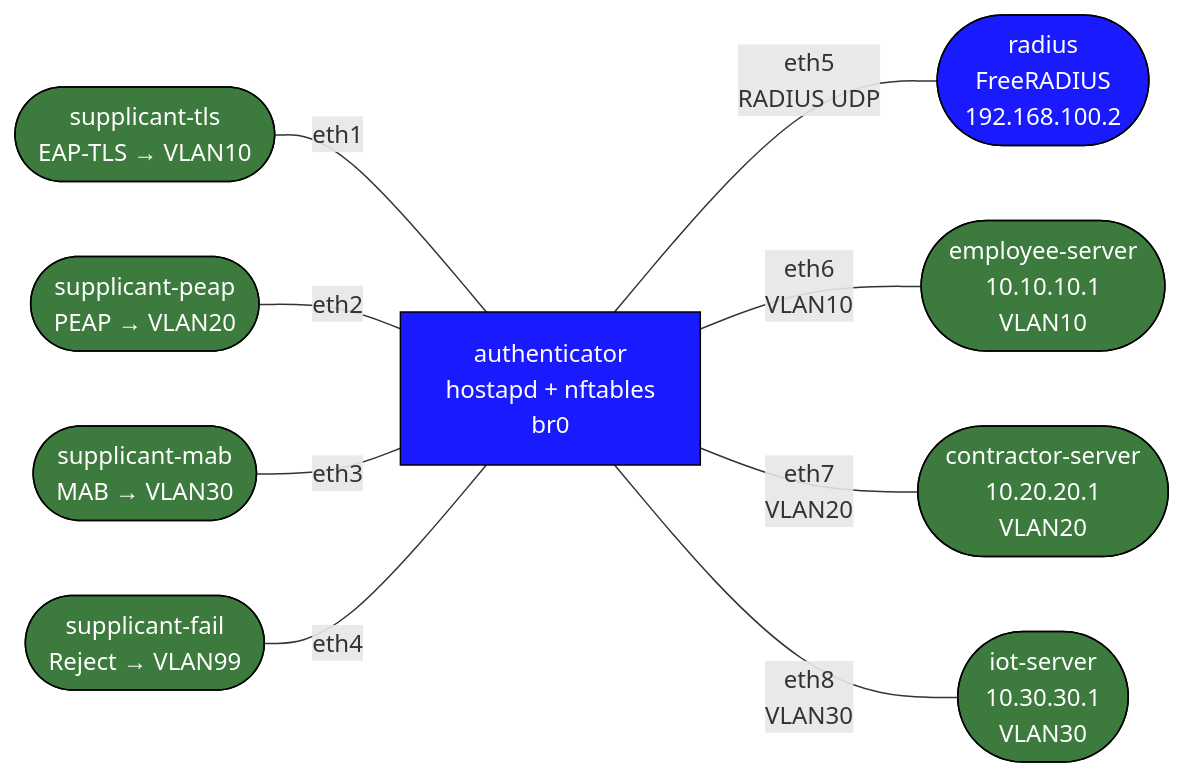
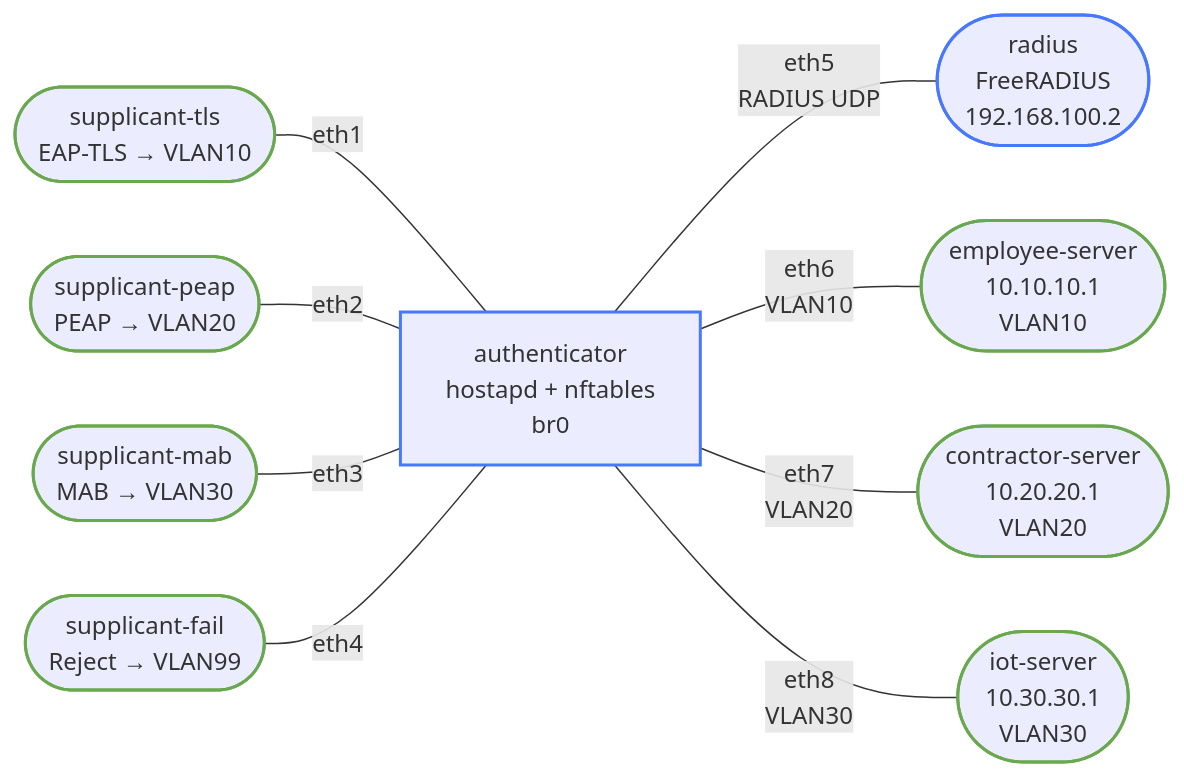
The first of 2 diagrams in labs/dot1x-nac/README.md (jschless/networkingLabs), drawn with Mermaid before and after one commit. The commit also changed other lines of this file and 250 other files, not shown here.

Commit message:
Fix unreadable topology diagrams, convert ASCII art, publish assessments (#57)

````diff
--- a/labs/dot1x-nac/README.md
+++ b/labs/dot1x-nac/README.md
@@ -16,27 +16,27 @@
 ```mermaid
 flowchart LR
-    stls(["supplicant-tls\nEAP-TLS → VLAN10"])
-    speap(["supplicant-peap\nPEAP → VLAN20"])
-    smab(["supplicant-mab\nMAB → VLAN30"])
-    sfail(["supplicant-fail\nReject → VLAN99"])
-    auth["authenticator\nhostapd + nftables\nbr0"]
-    radius(["radius\nFreeRADIUS\n192.168.100.2"])
-    emp(["employee-server\n10.10.10.1\nVLAN10"])
-    con(["contractor-server\n10.20.20.1\nVLAN20"])
-    iot(["iot-server\n10.30.30.1\nVLAN30"])
+    stls(["supplicant-tls<br/>EAP-TLS → VLAN10"])
+    speap(["supplicant-peap<br/>PEAP → VLAN20"])
+    smab(["supplicant-mab<br/>MAB → VLAN30"])
+    sfail(["supplicant-fail<br/>Reject → VLAN99"])
+    auth["authenticator<br/>hostapd + nftables<br/>br0"]
+    radius(["radius<br/>FreeRADIUS<br/>192.168.100.2"])
+    emp(["employee-server<br/>10.10.10.1<br/>VLAN10"])
+    con(["contractor-server<br/>10.20.20.1<br/>VLAN20"])
+    iot(["iot-server<br/>10.30.30.1<br/>VLAN30"])
 
     stls -- "eth1" --- auth
     speap -- "eth2" --- auth
     smab -- "eth3" --- auth
     sfail -- "eth4" --- auth
-    auth -- "eth5\nRADIUS UDP" --- radius
-    auth -- "eth6\nVLAN10" --- emp
-    auth -- "eth7\nVLAN20" --- con
-    auth -- "eth8\nVLAN30" --- iot
+    auth -- "eth5<br/>RADIUS UDP" --- radius
+    auth -- "eth6<br/>VLAN10" --- emp
+    auth -- "eth7<br/>VLAN20" --- con
+    auth -- "eth8<br/>VLAN30" --- iot
 
-    classDef router fill:#1a1aff,color:#fff,stroke:#000
-    classDef host   fill:#3d7a3d,color:#fff,stroke:#000
+    classDef router stroke:#4778ff,stroke-width:2px
+    classDef host stroke:#6aa84f,stroke-width:2px
 
     class auth,radius router
     class stls,speap,smab,sfail,emp,con,iot host
 ```
````
